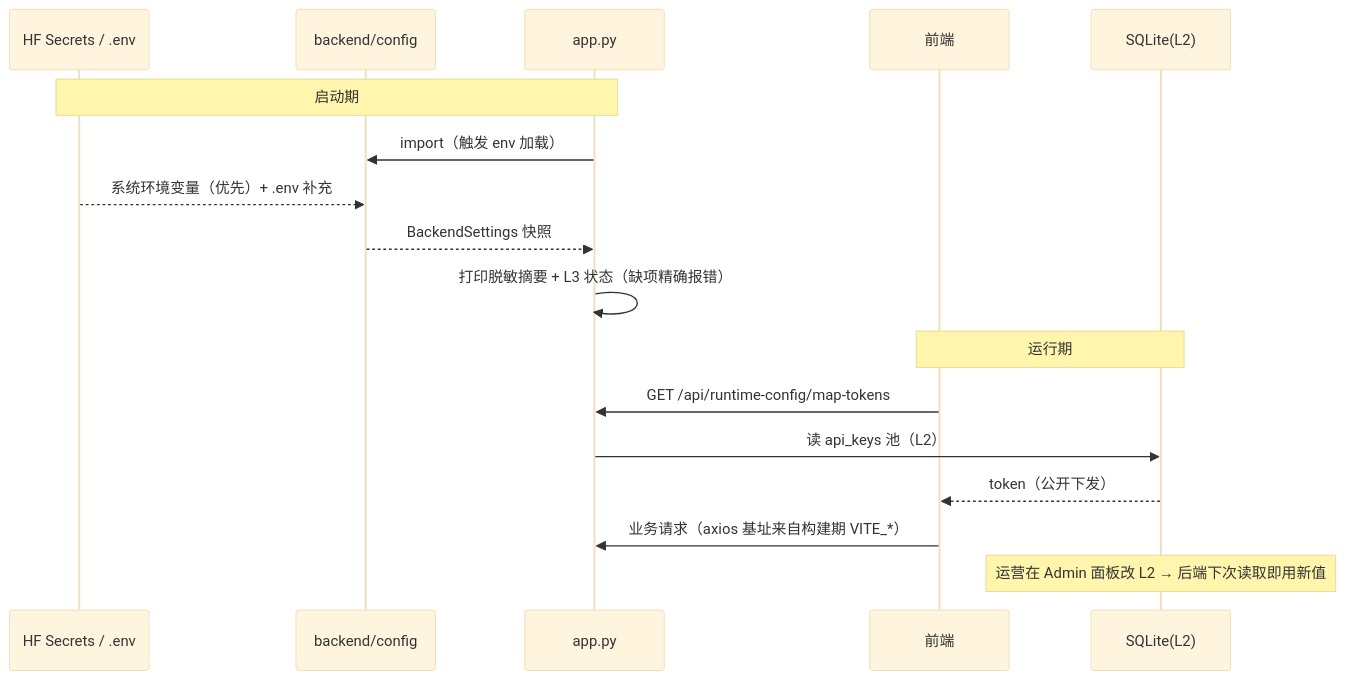
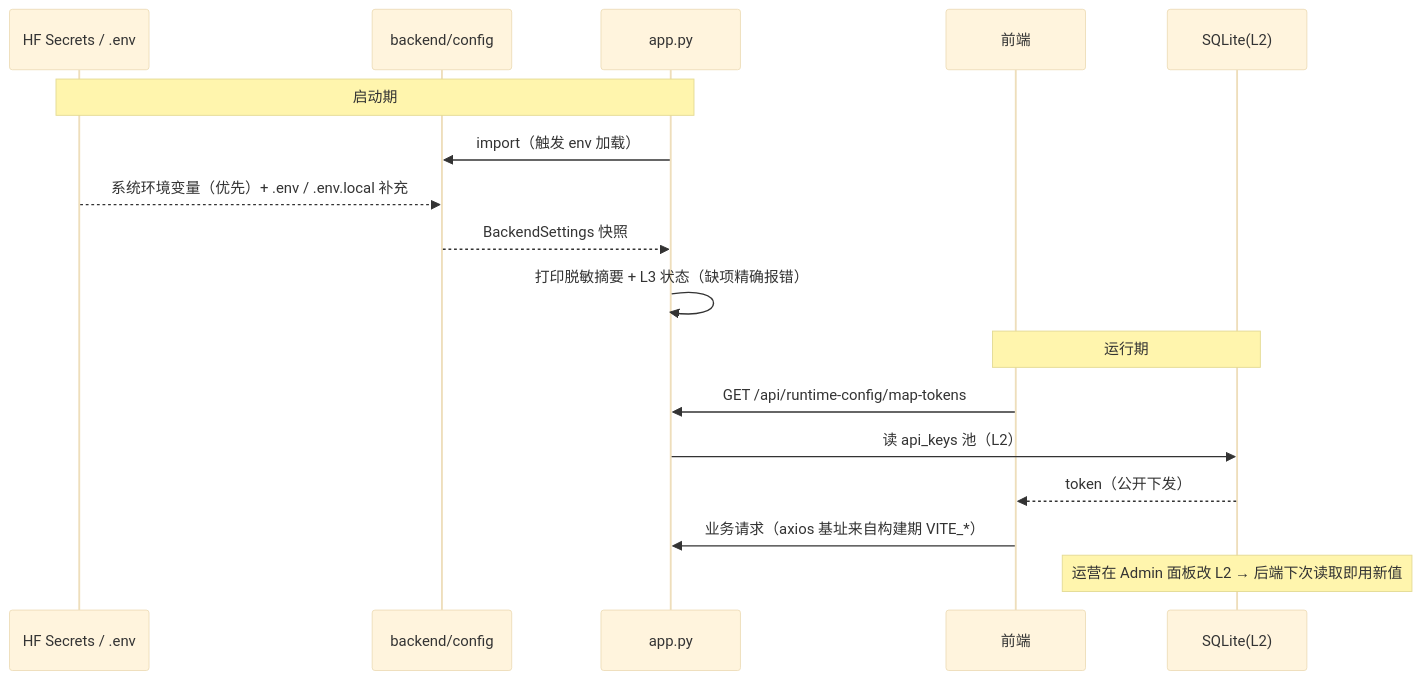
One commit to NEGIAO/WebGIS-Dev changed the second of 2 diagrams in Docs/Architecture/configuration-three-tier.md. Above: the diagram before and after it, drawn with Mermaid (base theme). The commit also changed other lines of this file and 19 other files, not shown here.

Commit message:
Debug:环境读取 部署环境读取.env 本地开发读取.env.local

````diff
--- a/Docs/Architecture/configuration-three-tier.md
+++ b/Docs/Architecture/configuration-three-tier.md
@@ -138,21 +139,21 @@
 ```mermaid
 sequenceDiagram
     participant HF as HF Secrets / .env
     participant CFG as backend/config
     participant APP as app.py
     participant FE as 前端
     participant DB as SQLite(L2)
 
     Note over HF,APP: 启动期
     APP->>CFG: import（触发 env 加载）
-    HF-->>CFG: 系统环境变量（优先）+ .env 补充
+    HF-->>CFG: 系统环境变量（优先）+ .env / .env.local 补充
     CFG-->>APP: BackendSettings 快照
     APP->>APP: 打印脱敏摘要 + L3 状态（缺项精确报错）
 
     Note over FE,DB: 运行期
     FE->>APP: GET /api/runtime-config/map-tokens
     APP->>DB: 读 api_keys 池（L2）
     DB-->>FE: token（公开下发）
     FE->>APP: 业务请求（axios 基址来自构建期 VITE_*）
     Note over DB: 运营在 Admin 面板改 L2 → 后端下次读取即用新值
 ```
````
